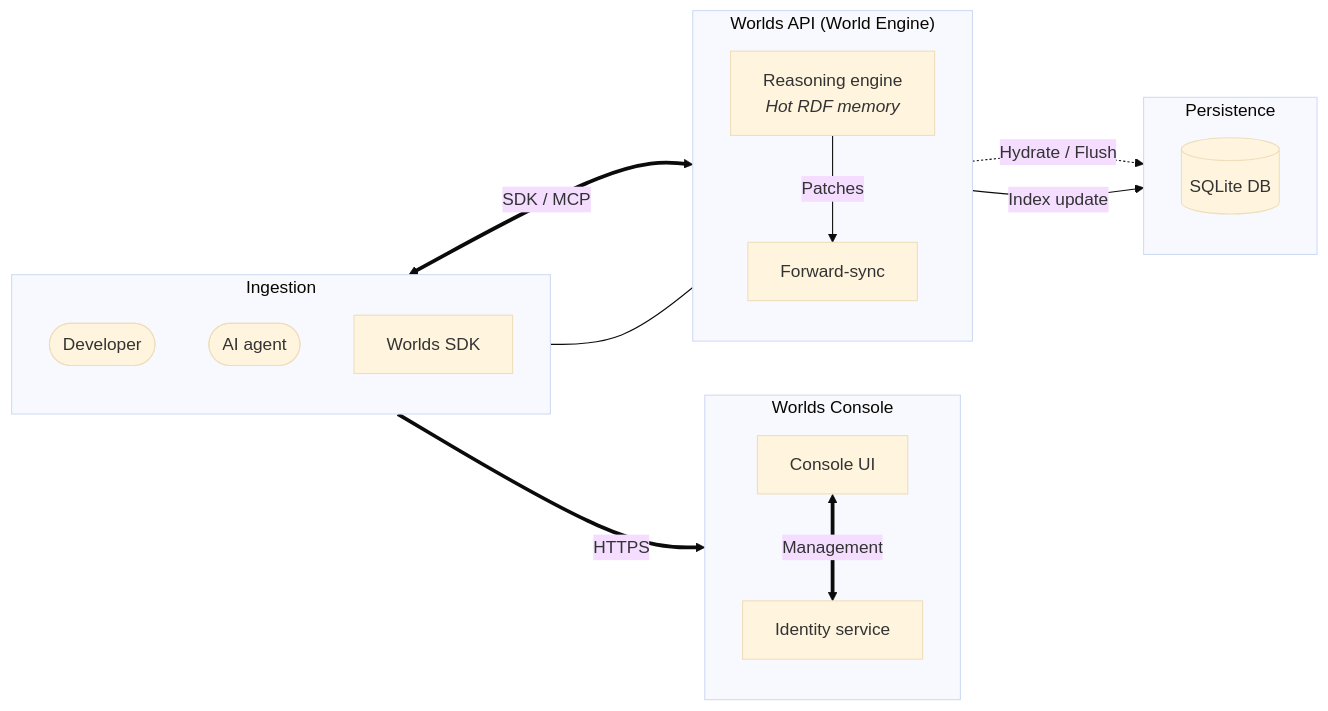
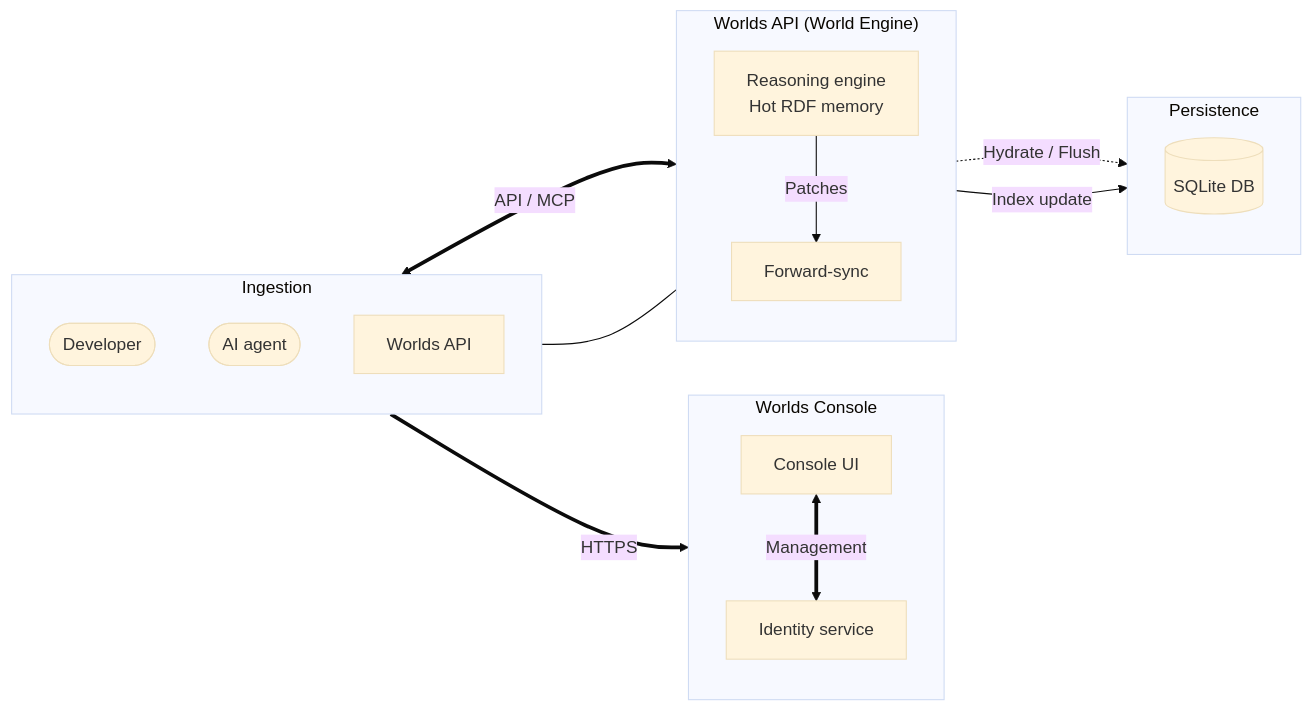
The first of 5 diagrams in packages/docs/contribute/architecture.mdx (wazootech/worlds), drawn with Mermaid (base theme) before and after one commit. The commit also changed other lines of this file and 11 other files, not shown here.

````diff
--- a/packages/docs/contribute/architecture.mdx
+++ b/packages/docs/contribute/architecture.mdx
@@ -29,39 +29,39 @@
 ```mermaid
 graph LR
     subgraph Clients ["Ingestion"]
         direction TB
         Dev([Developer])
         Agent([AI agent])
-        SDK["Worlds SDK"]
+        API["Worlds API"]
     end
 
     subgraph Console ["Worlds Console"]
         direction TB
         ConsoleView[Console UI]
         Auth[Identity service]
     end
 
-    subgraph API ["Worlds API (World Engine)"]
+    subgraph API_S ["Worlds API (World Engine)"]
         direction TB
-        Engine["Reasoning engine<br/><i>Hot RDF memory</i>"]
+        Engine["Reasoning engine<br/>Hot RDF memory"]
         Sync["Forward-sync"]
     end
 
     subgraph State ["Persistence"]
         direction TB
         DB[("SQLite DB")]
     end
 
     %% Human/Control Flow
     Dev ==>|HTTPS| ConsoleView
     ConsoleView <==>|Management| Auth
 
     %% Agent/Data Flow
-    Agent <==>|SDK / MCP| Engine
-    SDK --- Engine
+    Agent <==>|API / MCP| Engine
+    API --- Engine
 
     %% Internal Processing
     Engine -.->|Hydrate / Flush| DB
     Engine -->|Patches| Sync
     Sync -->|Index update| DB
 ```
````
